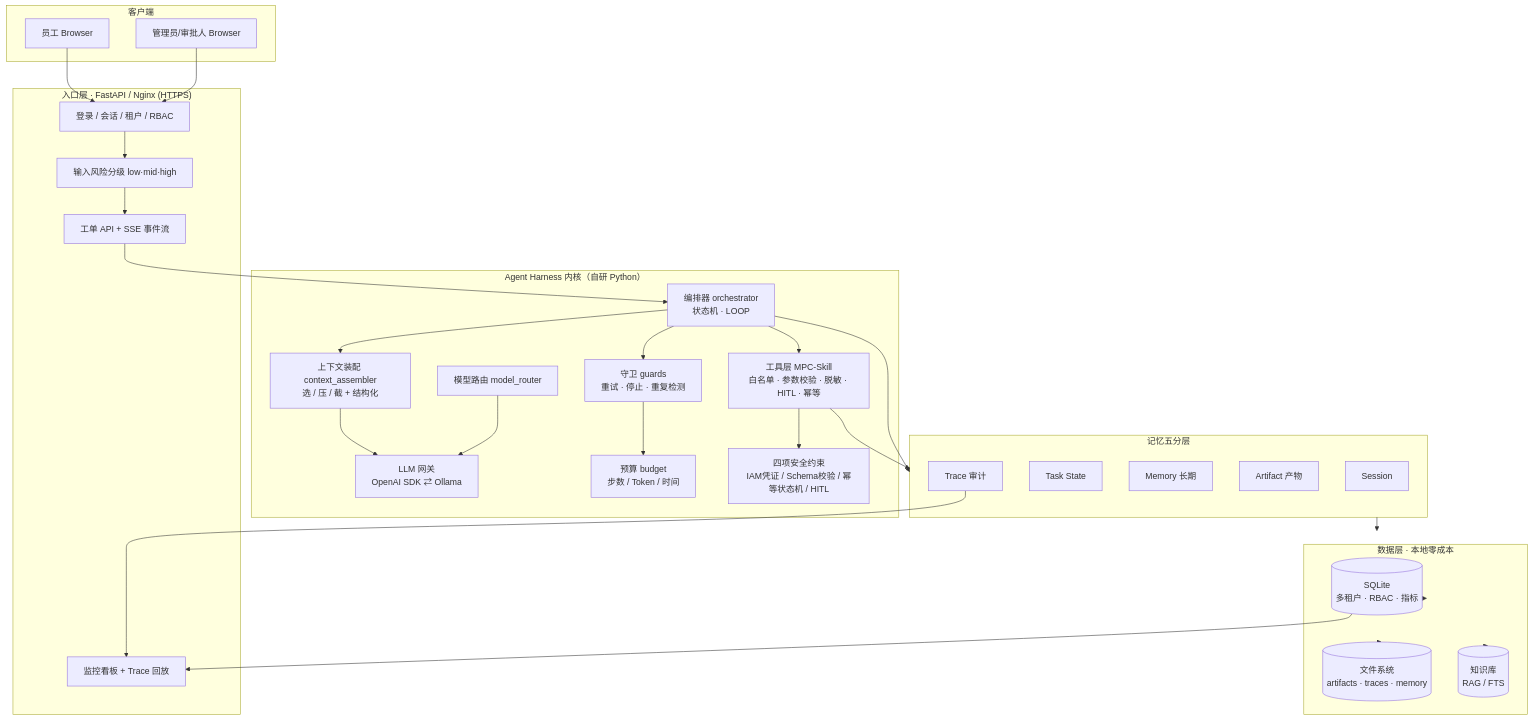
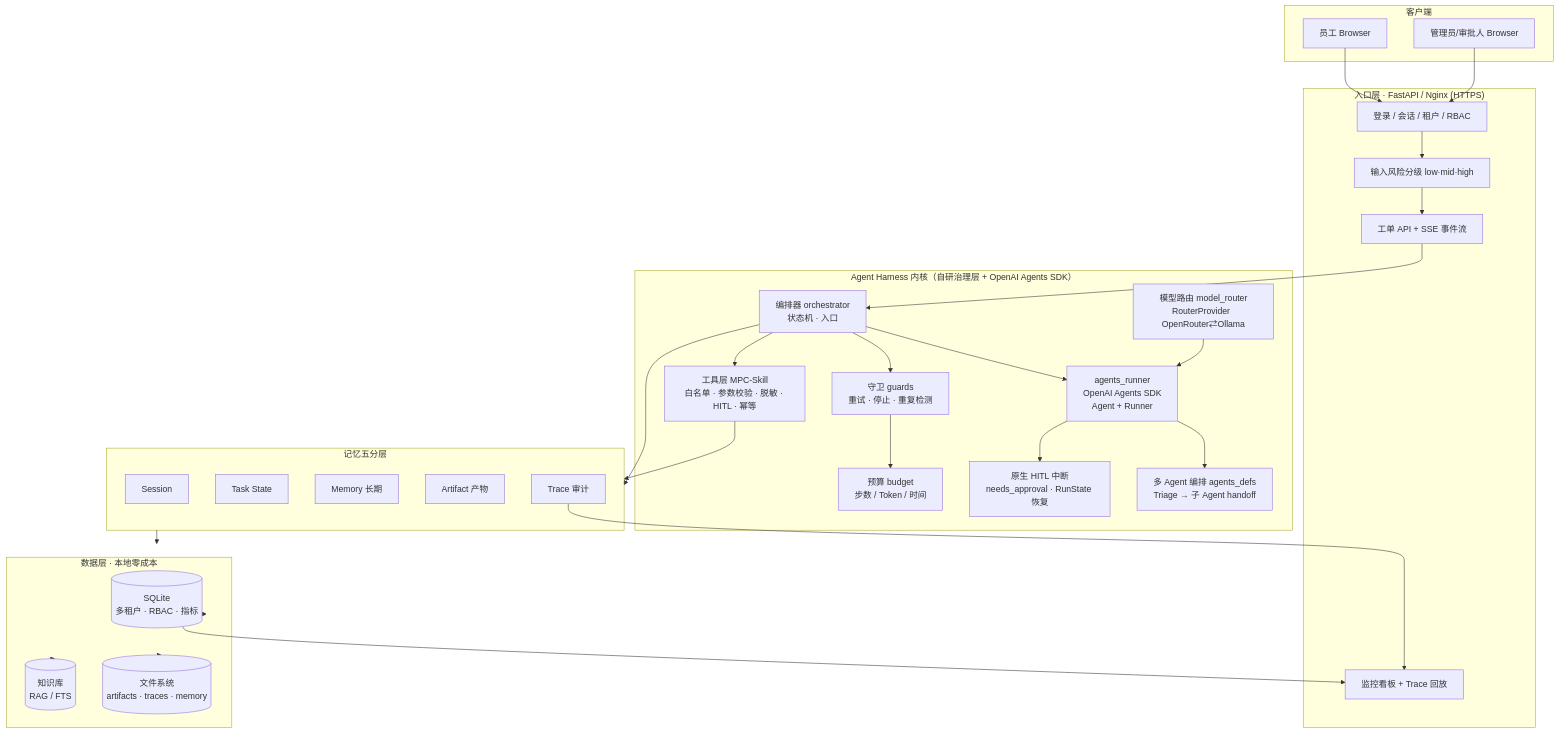
Before and after one commit to XiaoguaiXiaowai/Enterprise-Grade-Hybrid-Agent-Workflow_01: the first of 3 diagrams in README.md, drawn with Mermaid. The commit also changed other lines of this file and 7 other files, not shown here.

````diff
--- a/README.md
+++ b/README.md
@@ -33,57 +33,59 @@
 ```mermaid
 flowchart TB
     subgraph Client["客户端"]
         emp[员工 Browser]
         adm[管理员/审批人 Browser]
     end
 
     subgraph entry["入口层 · FastAPI / Nginx (HTTPS)"]
         auth[登录 / 会话 / 租户 / RBAC]
         risk[输入风险分级 low·mid·high]
         api[工单 API + SSE 事件流]
         mon[监控看板 + Trace 回放]
     end
 
-    subgraph harness["Agent Harness 内核（自研 Python）"]
-        orch[编排器 orchestrator<br/>状态机 · LOOP]
-        cta[上下文装配 context_assembler<br/>选 / 压 / 截 + 结构化]
-        router[模型路由 model_router]
-        llm[LLM 网关<br/>OpenAI SDK ⇄ Ollama]
+    subgraph harness["Agent Harness 内核（自研治理层 + OpenAI Agents SDK）"]
+        orch[编排器 orchestrator<br/>状态机 · 入口]
+        agents[agents_runner<br/>OpenAI Agents SDK<br/>Agent + Runner]
+        multi[多 Agent 编排 agents_defs<br/>Triage → 子 Agent handoff]
+        hitl[原生 HITL 中断<br/>needs_approval · RunState 恢复]
+        router[模型路由 model_router<br/>RouterProvider  OpenRouter⇄Ollama]
         guard[守卫 guards<br/>重试 · 停止 · 重复检测]
         budget[预算 budget<br/>步数 / Token / 时间]
         skills[工具层 MPC-Skill<br/>白名单 · 参数校验 · 脱敏 · HITL · 幂等]
-        hello[四项安全约束<br/>IAM凭证 / Schema校验 / 幂等状态机 / HITL]
     end
 
     subgraph memory["记忆五分层"]
         sess[Session]
         task[Task State]
         memo[Memory 长期]
         art[Artifact 产物]
         trc[Trace 审计]
     end
 
     subgraph data["数据层 · 本地零成本"]
         sql[(SQLite<br/>多租户 · RBAC · 指标)]
         fs[(文件系统<br/>artifacts · traces · memory)]
         kb[(知识库<br/>RAG / FTS)]
     end
 
     emp --> auth
     adm --> auth
     auth --> risk
     risk --> api
     api --> orch
-    orch --> cta --> llm
-    router --> llm
+    orch --> agents
+    agents --> multi
+    agents --> hitl
+    router --> agents
     orch --> guard --> budget
-    orch --> skills --> hello
+    orch --> skills
     skills --> memory
     orch --> memory
     memory --> data
     data --> sql
     data --> fs
     data --> kb
     trc --> mon
     sql --> mon
 ```
````
